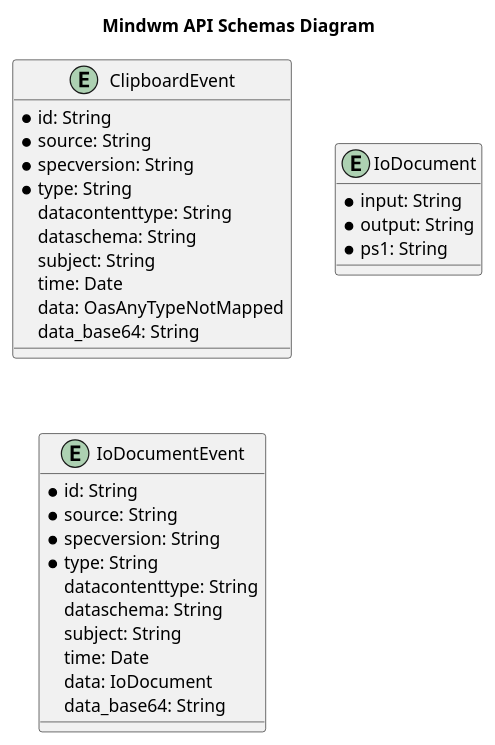
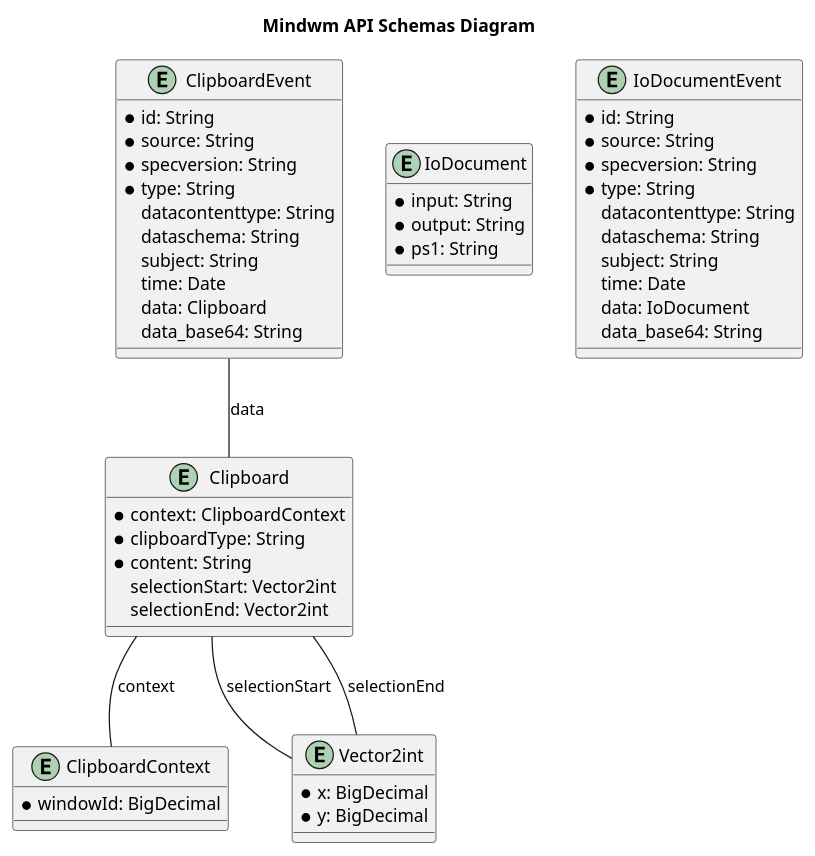
The diagram in generated/openapi/plantuml/schemas.plantuml (mindwm/mindwm-api), drawn with PlantUML before and after one commit. The commit also changed 212 other files, not shown here.

```diff
--- a/generated/openapi/plantuml/schemas.plantuml
+++ b/generated/openapi/plantuml/schemas.plantuml
@@ -1,39 +1,60 @@
 @startuml
 
 title Mindwm API Schemas Diagram
+
+entity Clipboard {
+    * context: ClipboardContext
+    * clipboardType: String
+    * content: String
+    selectionStart: Vector2int
+    selectionEnd: Vector2int
+}
+
+entity ClipboardContext {
+    * windowId: BigDecimal
+}
 
 entity ClipboardEvent {
     * id: String
     * source: String
     * specversion: String
     * type: String
     datacontenttype: String
     dataschema: String
     subject: String
     time: Date
-    data: OasAnyTypeNotMapped
+    data: Clipboard
     data_base64: String
 }
 
 entity IoDocument {
     * input: String
     * output: String
     * ps1: String
 }
 
 entity IoDocumentEvent {
     * id: String
     * source: String
     * specversion: String
     * type: String
     datacontenttype: String
     dataschema: String
     subject: String
     time: Date
     data: IoDocument
     data_base64: String
 }
 
+entity Vector2int {
+    * x: BigDecimal
+    * y: BigDecimal
+}
 
 
+ClipboardEvent -- Clipboard : data
+Clipboard -- ClipboardContext : context
+Clipboard -- Vector2int : selectionStart
+Clipboard -- Vector2int : selectionEnd
+
 @enduml
```
